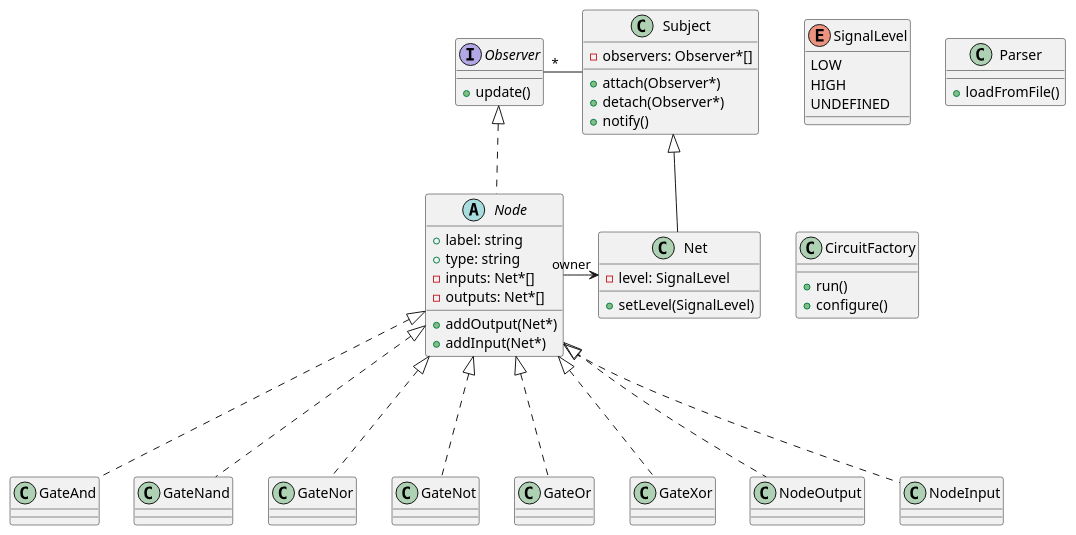
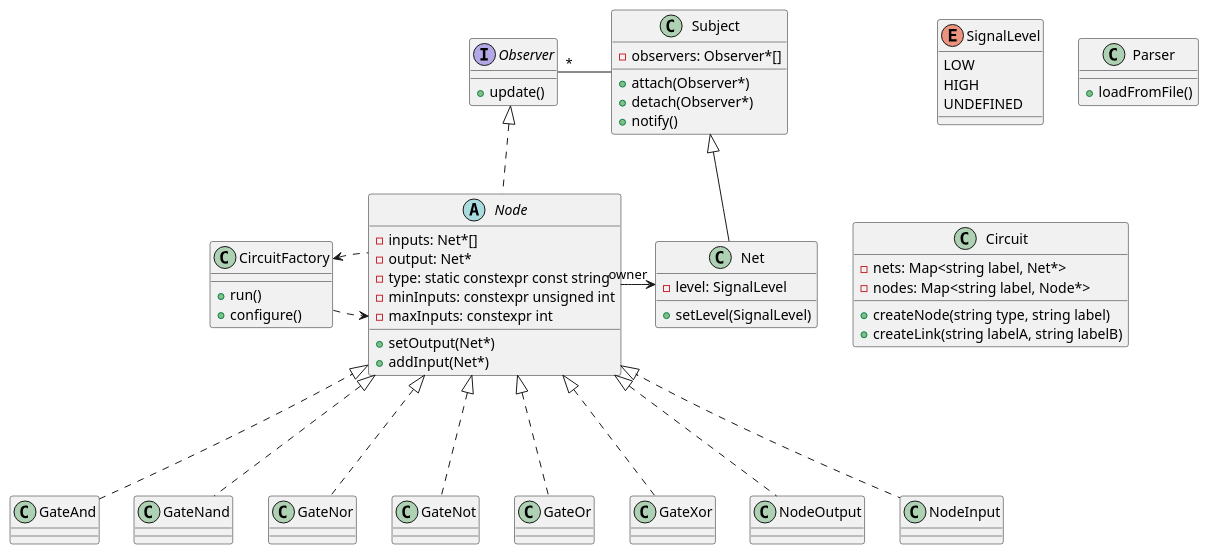
The diagram in docs/class-diag.puml (lonkaars/depa), drawn with PlantUML before and after one commit. The commit also changed 3 other files, not shown here.

```diff
--- a/docs/class-diag.puml
+++ b/docs/class-diag.puml
@@ -1,66 +1,78 @@
 @startuml
 
 abstract class Node { /' (also ConcreteObserver) '/
-	+ label: string
-	+ type: string
-	+ addOutput(Net*)
+	+ setOutput(Net*)
 	+ addInput(Net*)
 	- inputs: Net*[]
-	- outputs: Net*[]
+	- output: Net*
+	- type: static constexpr const string
+	- minInputs: constexpr unsigned int
+	- maxInputs: constexpr int
 }
 class Net { /' (also ConcreteSubject) '/
 	- level: SignalLevel
 	+ setLevel(SignalLevel)
 	' only call notify when setLevel actually changes the level!!!!!!!
 }
 
 class Subject {
 	- observers: Observer*[]
 	+ attach(Observer*)
 	+ detach(Observer*)
 	+ notify()
 }
 interface Observer {
 	+ update()
 }
 
 class GateAnd
 class GateNand
 class GateNor
 class GateNot
 class GateOr
 class GateXor
 class NodeOutput
 class NodeInput
 
 enum SignalLevel {
   LOW
 	HIGH
 	UNDEFINED
 }
 
 Node <|-[dashed]-- GateAnd
 Node <|-[dashed]-- GateNand
 Node <|-[dashed]-- GateNor
 Node <|-[dashed]-- GateNot
 Node <|-[dashed]-- GateOr
 Node <|-[dashed]-- GateXor
 Node <|-[dashed]-- NodeOutput
 Node <|-[dashed]-- NodeInput
 
 Subject <|-- Net
 Observer <|-[dashed]- Node
 Node -> "owner" Net
 Observer "*" - Subject
 
 class Parser {
 	+ loadFromFile()
 }
 
 class CircuitFactory {
 	+ run()
 	+ configure()
 }
 
+class Circuit {
+	+ createNode(string type, string label)
+	+ createLink(string labelA, string labelB)
+
+	- nets: Map<string label, Net*>
+	- nodes: Map<string label, Node*>
+}
+
+CircuitFactory -[dashed]> Node
+CircuitFactory <-[dashed]- Node
+
 
 @enduml
```
